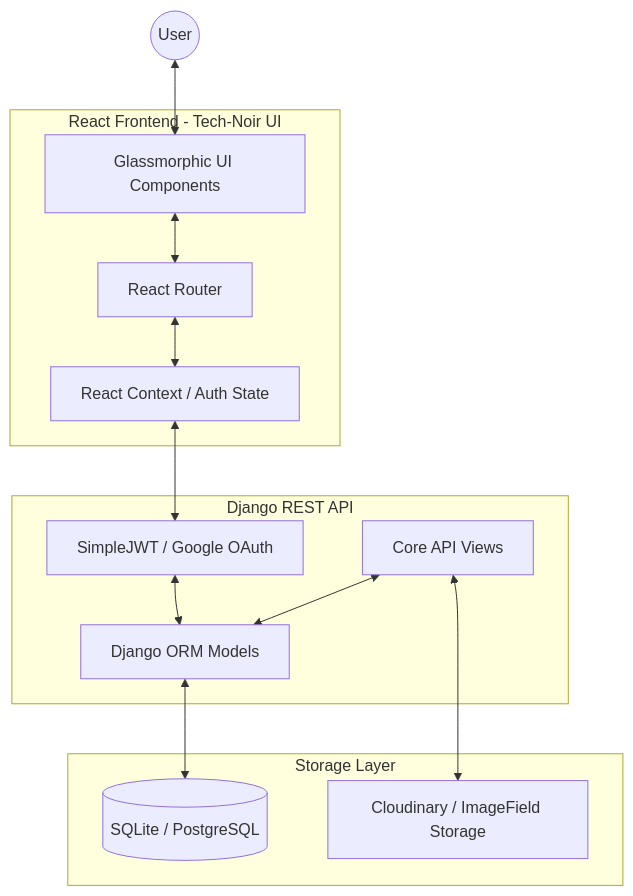
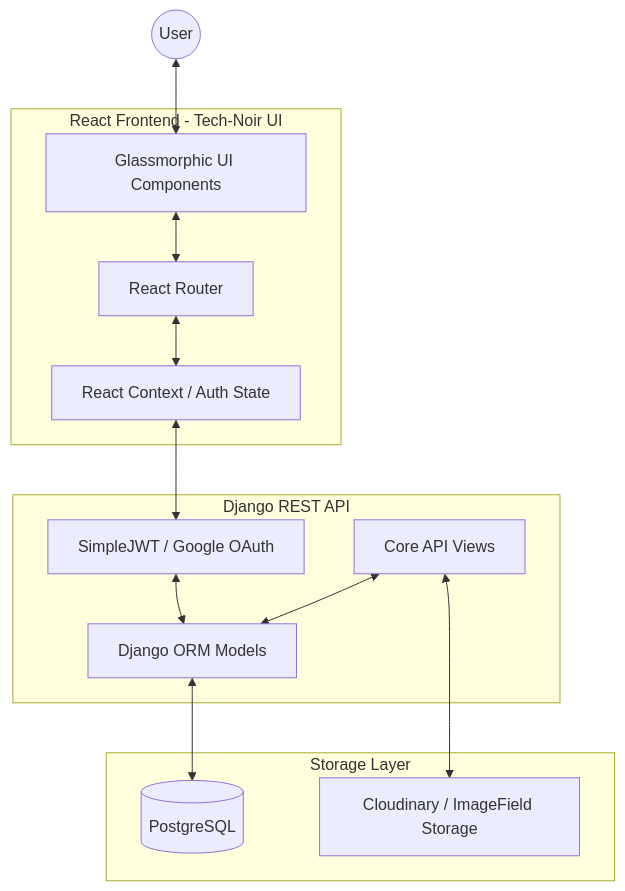
The first of 4 diagrams in README.md (contactmdarsalan-dot/designschool), drawn with Mermaid before and after one commit. The commit also changed other lines of this file and 16 other files, not shown here.

````diff
--- a/README.md
+++ b/README.md
@@ -24,30 +24,30 @@
 ```mermaid
 graph TD
     User((User))
     
     subgraph Frontend [React Frontend - Tech-Noir UI]
         UI[Glassmorphic UI Components]
         State[React Context / Auth State]
         Router[React Router]
     end
     
     subgraph Backend [Django REST API]
         Auth[SimpleJWT / Google OAuth]
         Core[Core API Views]
         Models[Django ORM Models]
     end
     
     subgraph Data [Storage Layer]
-        DB[(SQLite / PostgreSQL)]
+        DB[(PostgreSQL)]
         Media[Cloudinary / ImageField Storage]
     end
     
     User <--> UI
     UI <--> Router
     Router <--> State
     State <--> Auth
     Auth <--> Models
     Models <--> DB
     Core <--> Models
     Core <--> Media
 ```
````
